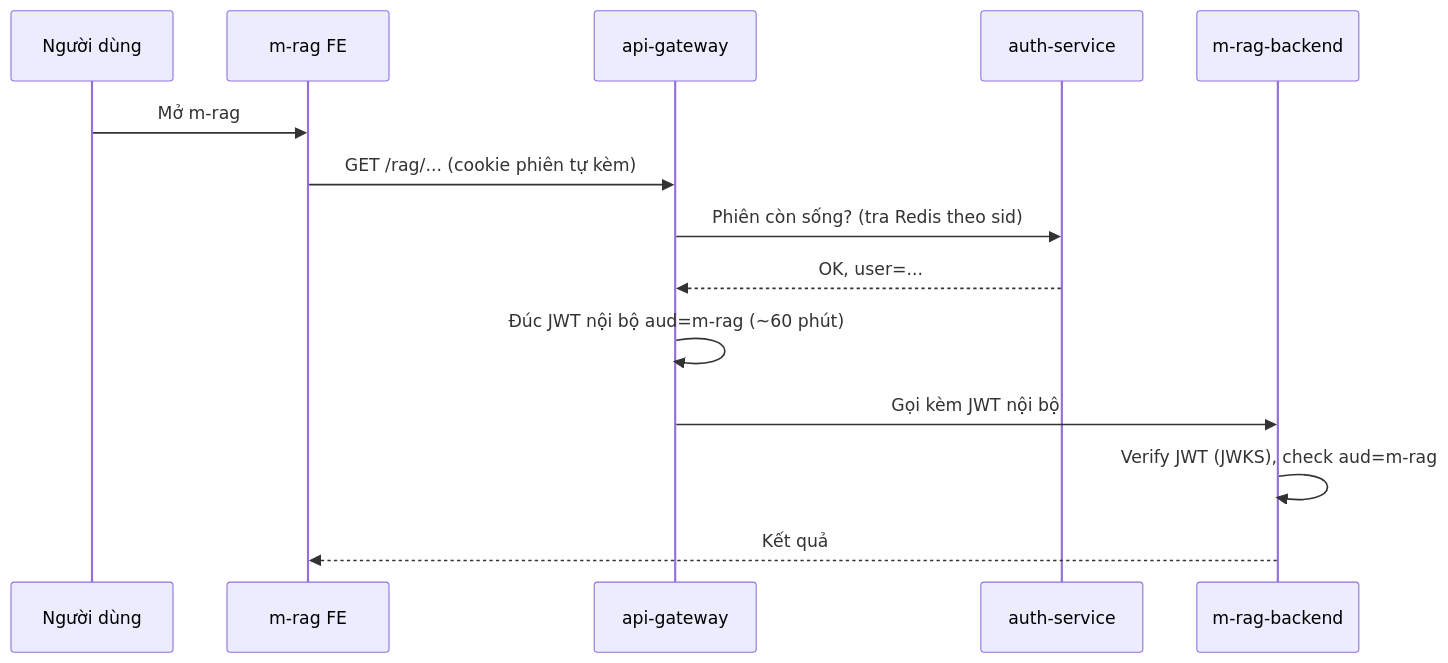
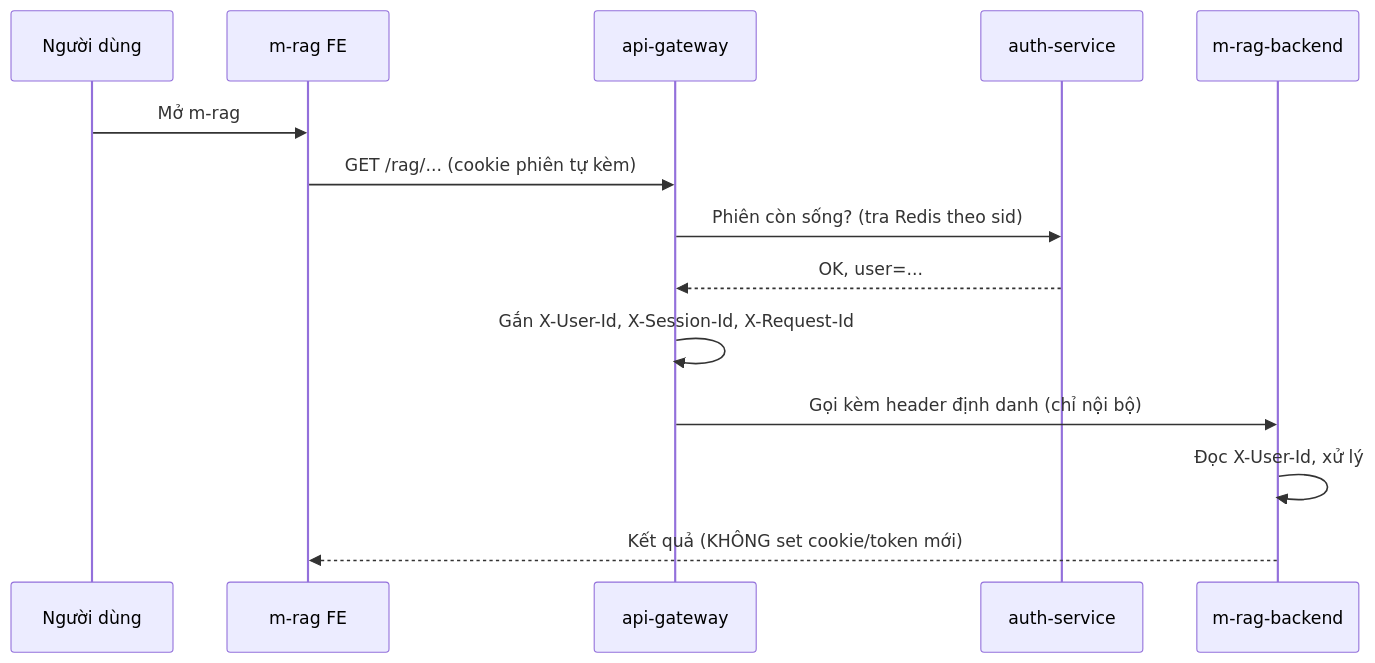
One commit to CVThien2k2/joytab changed the second of 4 diagrams in docs/superapp-miniapp-auth-architecture-20260605.md. Above: the diagram before and after it, drawn with Mermaid. The commit also changed other lines of this file and 1 other file, not shown here.

````diff
--- a/docs/superapp-miniapp-auth-architecture-20260605.md
+++ b/docs/superapp-miniapp-auth-architecture-20260605.md
@@ -117,17 +117,17 @@
 ```mermaid
 sequenceDiagram
     participant U as Người dùng
     participant Mini as m-rag FE
     participant API as api-gateway
     participant Auth as auth-service
     participant BE as m-rag-backend
 
     U->>Mini: Mở m-rag
     Mini->>API: GET /rag/... (cookie phiên tự kèm)
     API->>Auth: Phiên còn sống? (tra Redis theo sid)
     Auth-->>API: OK, user=...
-    API->>API: Đúc JWT nội bộ aud=m-rag (~60 phút)
-    API->>BE: Gọi kèm JWT nội bộ
-    BE->>BE: Verify JWT (JWKS), check aud=m-rag
-    BE-->>Mini: Kết quả
+    API->>API: Gắn X-User-Id, X-Session-Id, X-Request-Id
+    API->>BE: Gọi kèm header định danh (chỉ nội bộ)
+    BE->>BE: Đọc X-User-Id, xử lý
+    BE-->>Mini: Kết quả (KHÔNG set cookie/token mới)
 ```
````
